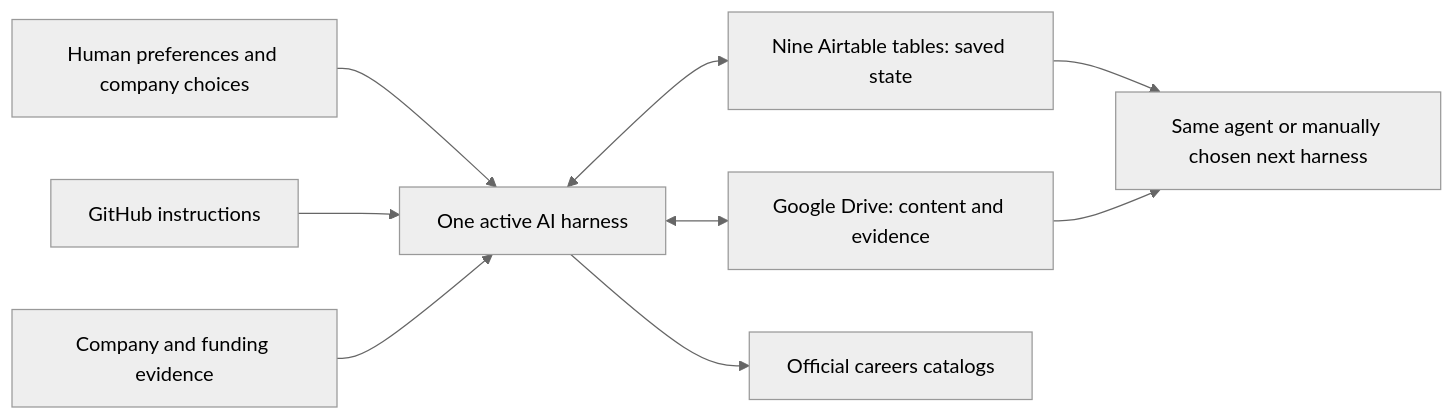
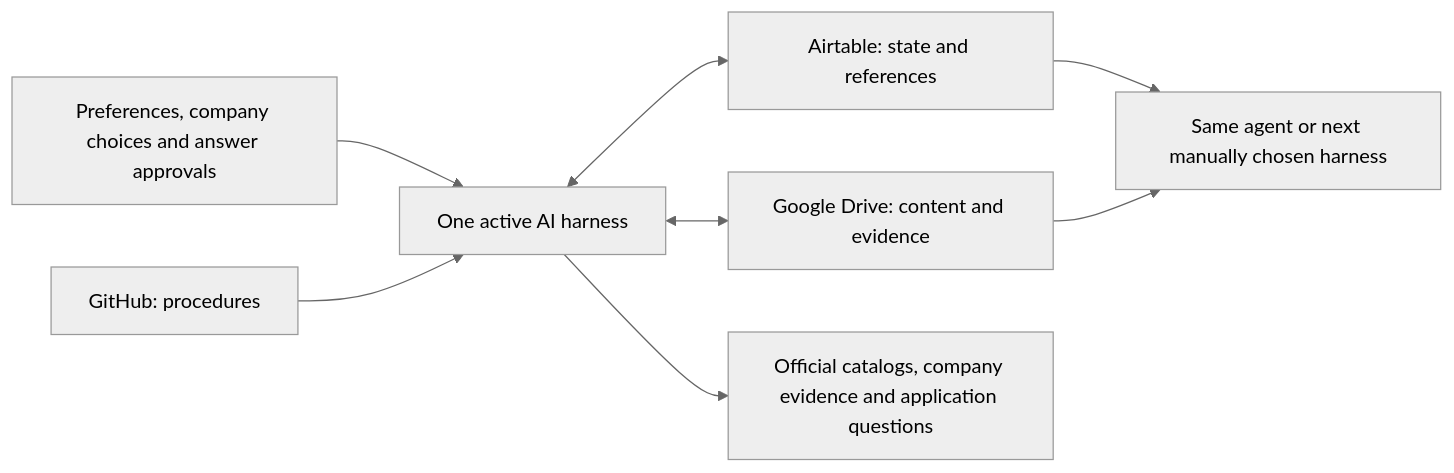
Before and after one commit to sravankm86/nextmove: the diagram in README.md, drawn with Mermaid (neutral theme). The commit also changed other lines of this file and 20 other files, not shown here.

```diff
--- a/README.md
+++ b/README.md
@@ -22,11 +22,10 @@
 ~~~mermaid
 flowchart LR
-    User[Human preferences and company choices] --> Agent[One active AI harness]
-    Git[GitHub instructions] --> Agent
-    Agent <--> Airtable[Nine Airtable tables: saved state]
+    User[Preferences, company choices and answer approvals] --> Agent[One active AI harness]
+    Git[GitHub: procedures] --> Agent
+    Agent <--> Airtable[Airtable: state and references]
     Agent <--> Drive[Google Drive: content and evidence]
-    Agent --> Boards[Official careers catalogs]
-    Funding[Company and funding evidence] --> Agent
-    Airtable --> Next[Same agent or manually chosen next harness]
+    Agent --> Web[Official catalogs, company evidence and application questions]
+    Airtable --> Next[Same agent or next manually chosen harness]
     Drive --> Next
 ~~~
```
